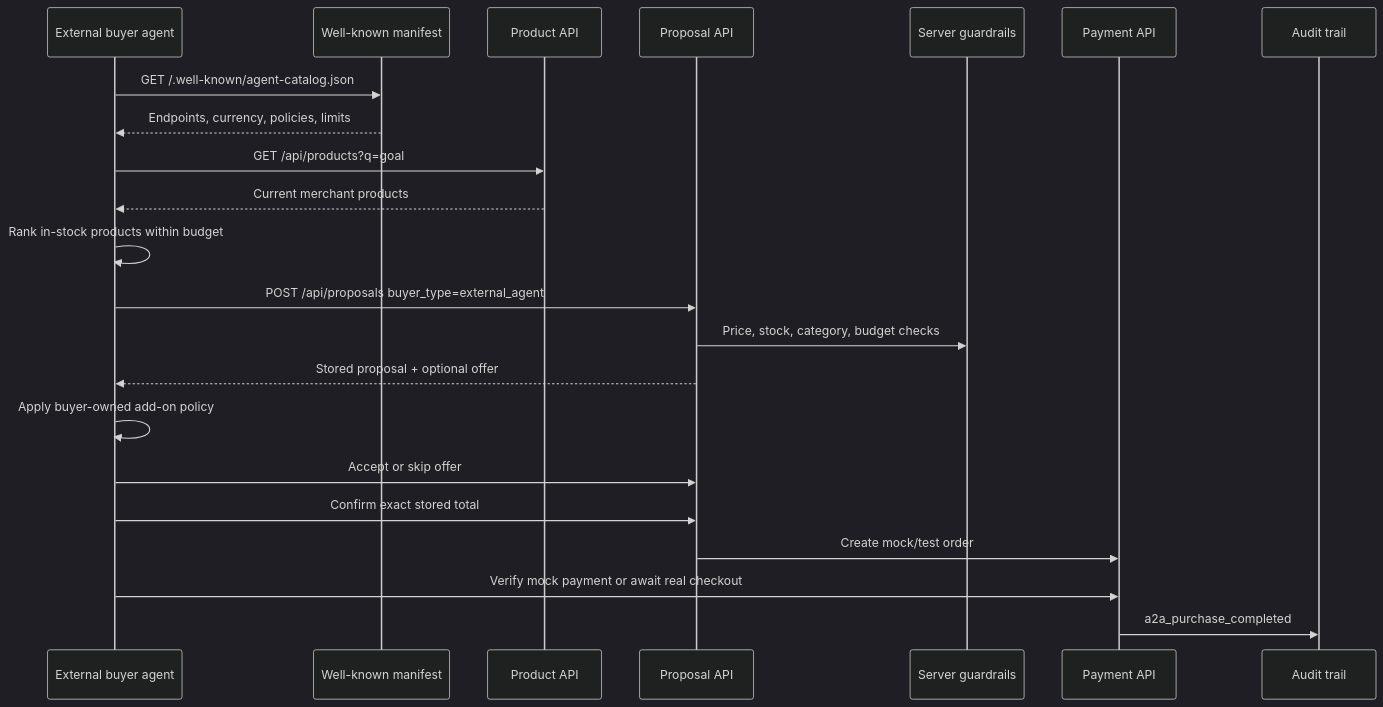
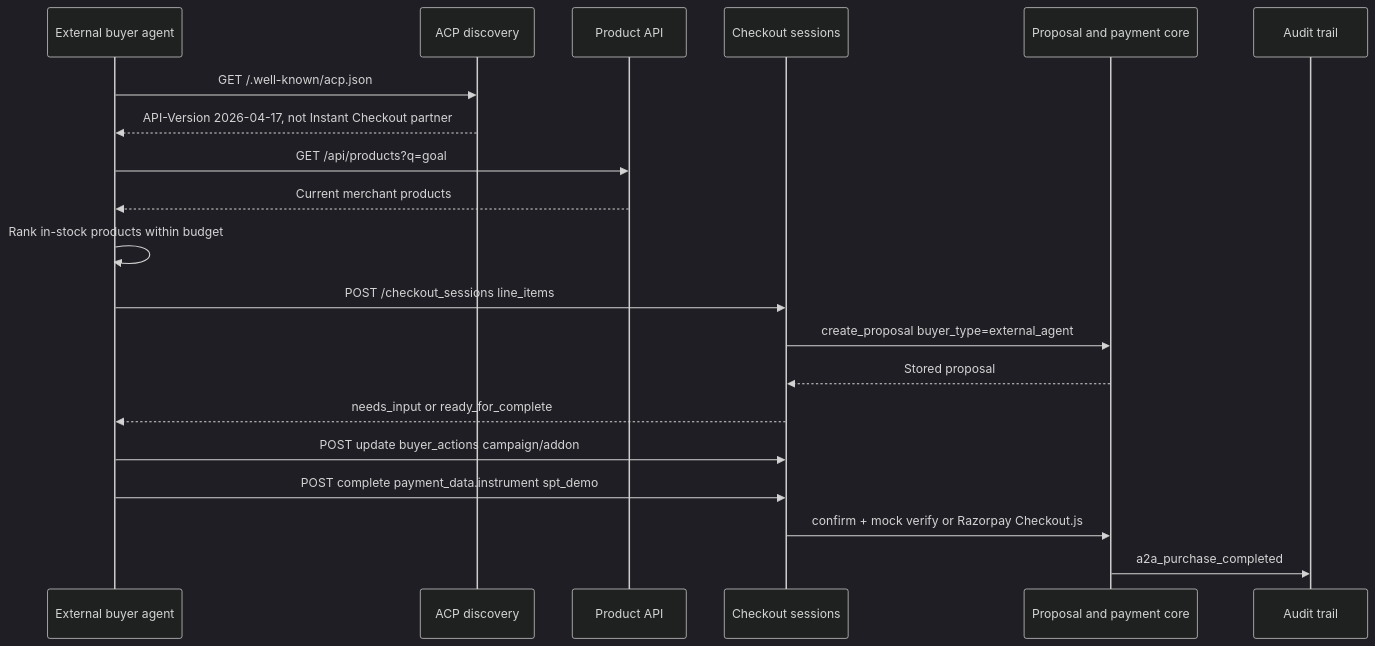
Before and after one commit to Vyoum/Track-01-AI-Growth-Agentic-Commerce-Merchant: the fifth of 10 diagrams in README.md, drawn with Mermaid (dark theme). The commit also changed other lines of this file and 26 other files, not shown here.

````diff
--- a/README.md
+++ b/README.md
@@ -314,25 +317,23 @@
 ```mermaid
 sequenceDiagram
     participant Buyer as External buyer agent
-    participant Manifest as Well-known manifest
+    participant Acp as ACP discovery
     participant Catalog as Product API
-    participant Checkout as Proposal API
-    participant Guardrails as Server guardrails
-    participant Payment as Payment API
+    participant Sessions as Checkout sessions
+    participant Core as Proposal and payment core
     participant Audit as Audit trail
 
-    Buyer->>Manifest: GET /.well-known/agent-catalog.json
-    Manifest-->>Buyer: Endpoints, currency, policies, limits
+    Buyer->>Acp: GET /.well-known/acp.json
+    Acp-->>Buyer: API-Version 2026-04-17, not Instant Checkout partner
     Buyer->>Catalog: GET /api/products?q=goal
     Catalog-->>Buyer: Current merchant products
     Buyer->>Buyer: Rank in-stock products within budget
-    Buyer->>Checkout: POST /api/proposals buyer_type=external_agent
-    Checkout->>Guardrails: Price, stock, category, budget checks
-    Checkout-->>Buyer: Stored proposal + optional offer
-    Buyer->>Buyer: Apply buyer-owned add-on policy
-    Buyer->>Checkout: Accept or skip offer
-    Buyer->>Checkout: Confirm exact stored total
-    Checkout->>Payment: Create mock/test order
-    Buyer->>Payment: Verify mock payment or await real checkout
-    Payment->>Audit: a2a_purchase_completed
+    Buyer->>Sessions: POST /checkout_sessions line_items
+    Sessions->>Core: create_proposal buyer_type=external_agent
+    Core-->>Sessions: Stored proposal
+    Sessions-->>Buyer: needs_input or ready_for_complete
+    Buyer->>Sessions: POST update buyer_actions campaign/addon
+    Buyer->>Sessions: POST complete payment_data.instrument spt_demo
+    Sessions->>Core: confirm + mock verify or Razorpay Checkout.js
+    Core->>Audit: a2a_purchase_completed
 ```
````
